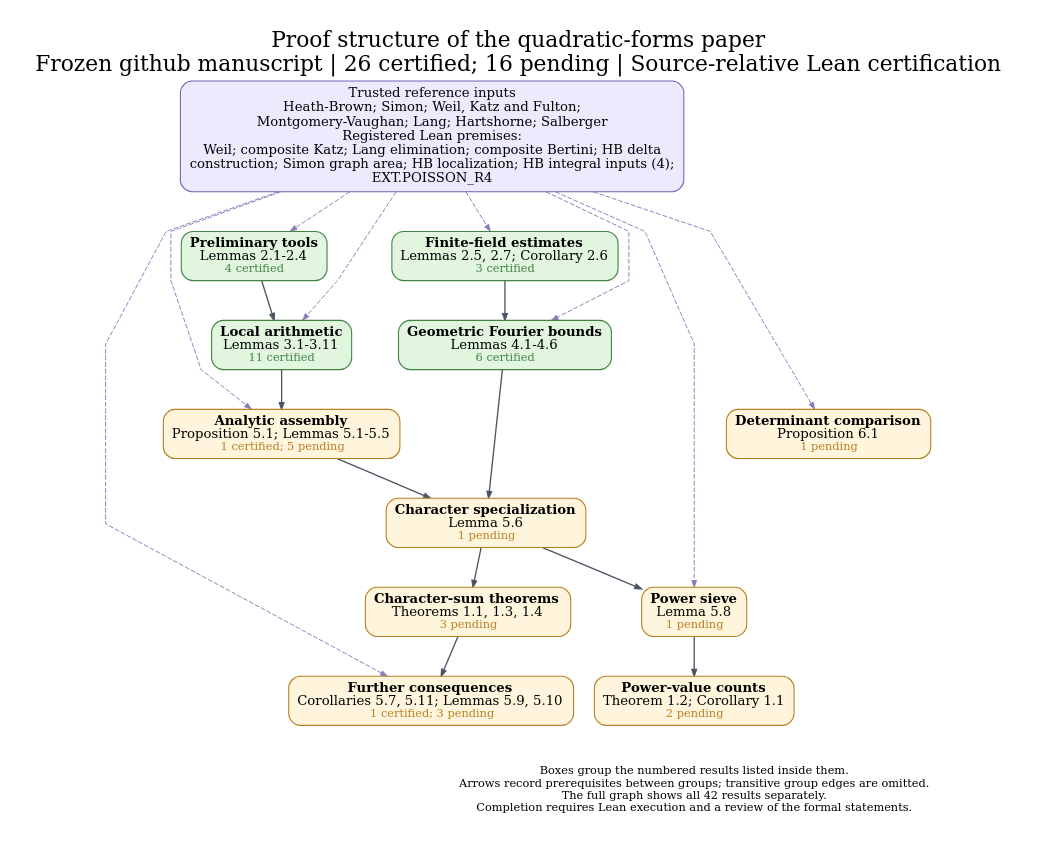
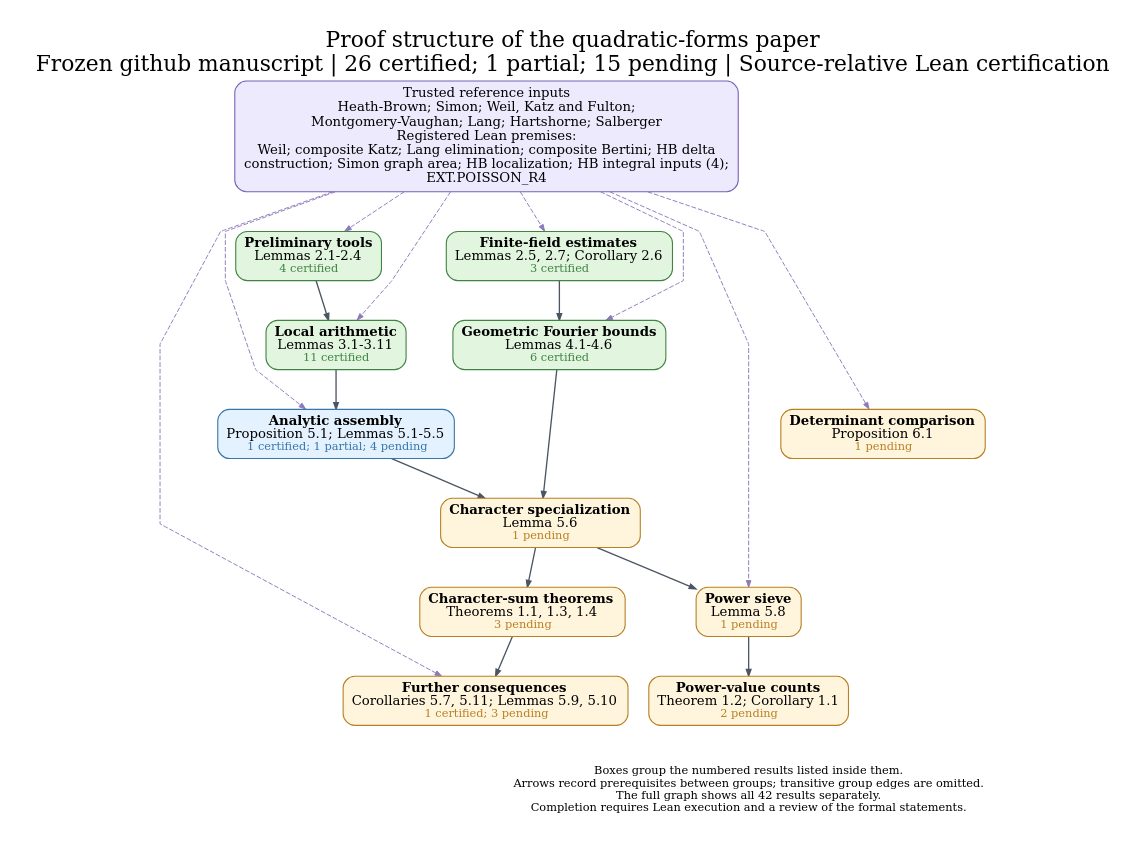
The diagram in docs/dependency_overview.dot (nicolasrobles/quaternary-quadratic-forms), drawn with Graphviz before and after one commit. The commit also changed 27 other files, not shown here.

```diff
--- a/docs/dependency_overview.dot
+++ b/docs/dependency_overview.dot
@@ -1,43 +1,43 @@
 digraph Overview {
 graph [rankdir=TB, newrank=true, compound=true, outputorder=edgesfirst,
   bgcolor="white", fontname="DejaVu Serif", fontsize=23, labelloc=t,
-  label="Proof structure of the quadratic-forms paper\nFrozen github manuscript | 26 certified; 16 pending | Source-relative Lean certification",
+  label="Proof structure of the quadratic-forms paper\nFrozen github manuscript | 26 certified; 1 partial; 15 pending | Source-relative Lean certification",
   nodesep=0.30, ranksep=0.58, pad=0.28, splines=polyline];
 node [shape=box, style="rounded,filled", fillcolor="#fff4dc", color="#b88023",
   fontname="DejaVu Serif", fontsize=14, penwidth=1.15, margin="0.12,0.09"];
 edge [color="#4b5563", arrowsize=0.70, penwidth=1.05];
 sources [label="Trusted reference inputs\nHeath-Brown; Simon; Weil, Katz and Fulton;\nMontgomery-Vaughan; Lang; Hartshorne; Salberger\nRegistered Lean premises:\nWeil; composite Katz; Lang elimination; composite Bertini; HB delta\nconstruction; Simon graph area; HB localization; HB integral inputs (4);\nEXT.POISSON_R4", fillcolor="#eeeafd", color="#7762b4", fontsize=14];
 "prelim" [label=<<B>Preliminary tools</B><BR/>Lemmas 2.1-2.4<BR/><FONT POINT-SIZE="12" COLOR="#408342">4 certified</FONT>>, fillcolor="#e1f5df", color="#408342", URL="https://github.com/nicolasrobles/quaternary-quadratic-forms/blob/main/INVENTORY.md", target="_blank"];
 "finite" [label=<<B>Finite-field estimates</B><BR/>Lemmas 2.5, 2.7; Corollary 2.6<BR/><FONT POINT-SIZE="12" COLOR="#408342">3 certified</FONT>>, fillcolor="#e1f5df", color="#408342", URL="https://github.com/nicolasrobles/quaternary-quadratic-forms/blob/main/INVENTORY.md", target="_blank"];
 "local" [label=<<B>Local arithmetic</B><BR/>Lemmas 3.1-3.11<BR/><FONT POINT-SIZE="12" COLOR="#408342">11 certified</FONT>>, fillcolor="#e1f5df", color="#408342", URL="https://github.com/nicolasrobles/quaternary-quadratic-forms/blob/main/INVENTORY.md", target="_blank"];
 "fourier" [label=<<B>Geometric Fourier bounds</B><BR/>Lemmas 4.1-4.6<BR/><FONT POINT-SIZE="12" COLOR="#408342">6 certified</FONT>>, fillcolor="#e1f5df", color="#408342", URL="https://github.com/nicolasrobles/quaternary-quadratic-forms/blob/main/INVENTORY.md", target="_blank"];
-"analytic" [label=<<B>Analytic assembly</B><BR/>Proposition 5.1; Lemmas 5.1-5.5<BR/><FONT POINT-SIZE="12" COLOR="#b88023">1 certified; 5 pending</FONT>>, fillcolor="#fff4dc", color="#b88023", URL="https://github.com/nicolasrobles/quaternary-quadratic-forms/blob/main/INVENTORY.md", target="_blank"];
+"analytic" [label=<<B>Analytic assembly</B><BR/>Proposition 5.1; Lemmas 5.1-5.5<BR/><FONT POINT-SIZE="12" COLOR="#3676aa">1 certified; 1 partial; 4 pending</FONT>>, fillcolor="#e4f1ff", color="#3676aa", URL="https://github.com/nicolasrobles/quaternary-quadratic-forms/blob/main/INVENTORY.md", target="_blank"];
 "characters" [label=<<B>Character specialization</B><BR/>Lemma 5.6<BR/><FONT POINT-SIZE="12" COLOR="#b88023">1 pending</FONT>>, fillcolor="#fff4dc", color="#b88023", URL="https://github.com/nicolasrobles/quaternary-quadratic-forms/blob/main/INVENTORY.md", target="_blank"];
 "sieve" [label=<<B>Power sieve</B><BR/>Lemma 5.8<BR/><FONT POINT-SIZE="12" COLOR="#b88023">1 pending</FONT>>, fillcolor="#fff4dc", color="#b88023", URL="https://github.com/nicolasrobles/quaternary-quadratic-forms/blob/main/INVENTORY.md", target="_blank"];
 "consequences" [label=<<B>Further consequences</B><BR/>Corollaries 5.7, 5.11; Lemmas 5.9, 5.10<BR/><FONT POINT-SIZE="12" COLOR="#b88023">1 certified; 3 pending</FONT>>, fillcolor="#fff4dc", color="#b88023", URL="https://github.com/nicolasrobles/quaternary-quadratic-forms/blob/main/INVENTORY.md", target="_blank"];
 "maincharacters" [label=<<B>Character-sum theorems</B><BR/>Theorems 1.1, 1.3, 1.4<BR/><FONT POINT-SIZE="12" COLOR="#b88023">3 pending</FONT>>, fillcolor="#fff4dc", color="#b88023", URL="https://github.com/nicolasrobles/quaternary-quadratic-forms/blob/main/INVENTORY.md", target="_blank"];
 "mainpowers" [label=<<B>Power-value counts</B><BR/>Theorem 1.2; Corollary 1.1<BR/><FONT POINT-SIZE="12" COLOR="#b88023">2 pending</FONT>>, fillcolor="#fff4dc", color="#b88023", URL="https://github.com/nicolasrobles/quaternary-quadratic-forms/blob/main/INVENTORY.md", target="_blank"];
 "fixed" [label=<<B>Determinant comparison</B><BR/>Proposition 6.1<BR/><FONT POINT-SIZE="12" COLOR="#b88023">1 pending</FONT>>, fillcolor="#fff4dc", color="#b88023", URL="https://github.com/nicolasrobles/quaternary-quadratic-forms/blob/main/INVENTORY.md", target="_blank"];
 "analytic" -> "characters" [penwidth=1.4];
 "characters" -> "maincharacters" [penwidth=1.4];
 "characters" -> "sieve" [penwidth=1.4];
 "finite" -> "fourier" [penwidth=1.4];
 "fourier" -> "characters" [penwidth=1.4];
 "local" -> "analytic" [penwidth=1.4];
 "maincharacters" -> "consequences" [penwidth=1.4];
 "prelim" -> "local" [penwidth=1.4];
 "sieve" -> "mainpowers" [penwidth=1.4];
 sources -> "analytic" [style=dashed, color="#8d79bc", penwidth=1.0];
 sources -> "consequences" [style=dashed, color="#8d79bc", penwidth=1.0];
 sources -> "finite" [style=dashed, color="#8d79bc", penwidth=1.0];
 sources -> "fixed" [style=dashed, color="#8d79bc", penwidth=1.0];
 sources -> "fourier" [style=dashed, color="#8d79bc", penwidth=1.0];
 sources -> "local" [style=dashed, color="#8d79bc", penwidth=1.0];
 sources -> "prelim" [style=dashed, color="#8d79bc", penwidth=1.0];
 sources -> "sieve" [style=dashed, color="#8d79bc", penwidth=1.0];
 legend [shape=plain, style="", label="Boxes group the numbered results listed inside them.\nArrows record prerequisites between groups; transitive group edges are omitted.\nThe full graph shows all 42 results separately.\nCompletion requires Lean execution and a review of the formal statements.", fontsize=12];
 {rank=sink; legend;}
 "consequences" -> legend [style=invis];
 "fixed" -> legend [style=invis];
 "mainpowers" -> legend [style=invis];
 }
```
